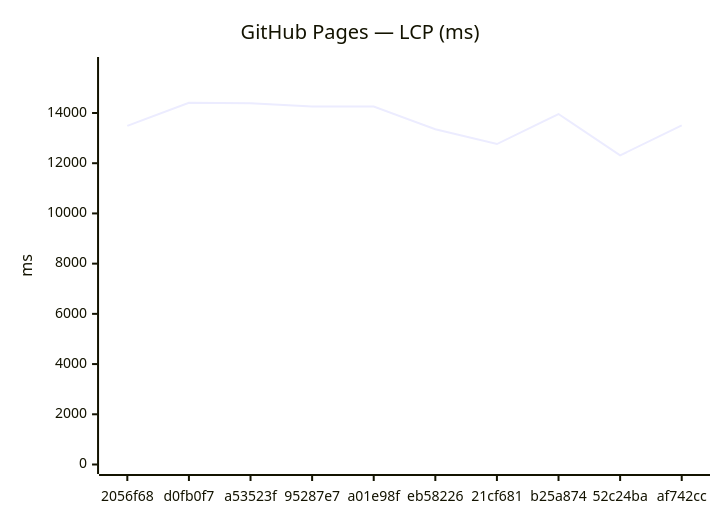
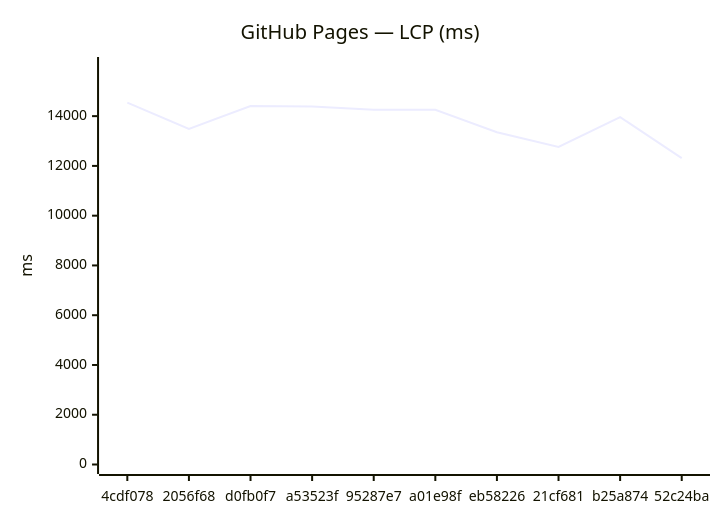
The third of 18 diagrams in benchmarks/compare.md (Metaheurist/Rianell), drawn with Mermaid before and after one commit. The commit also changed other lines of this file and 11 other files, not shown here.

````diff
--- a/benchmarks/compare.md
+++ b/benchmarks/compare.md
@@ -54,7 +54,7 @@
 ```mermaid
 xychart-beta
     title "GitHub Pages — LCP (ms)"
-    x-axis ["2056f68", "d0fb0f7", "a53523f", "95287e7", "a01e98f", "eb58226", "21cf681", "b25a874", "52c24ba", "af742cc"]
-    y-axis "ms" 0 --> 15852
-    line [13488, 14410, 14392, 14255, 14254, 13354, 12763, 13959, 12313, 13510]
+    x-axis ["4cdf078", "2056f68", "d0fb0f7", "a53523f", "95287e7", "a01e98f", "eb58226", "21cf681", "b25a874", "52c24ba"]
+    y-axis "ms" 0 --> 15995
+    line [14540, 13488, 14410, 14392, 14255, 14254, 13354, 12763, 13959, 12313]
 ```
````
